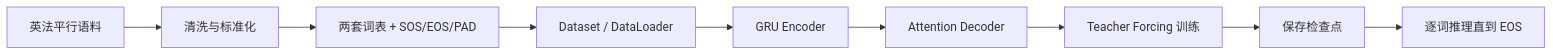
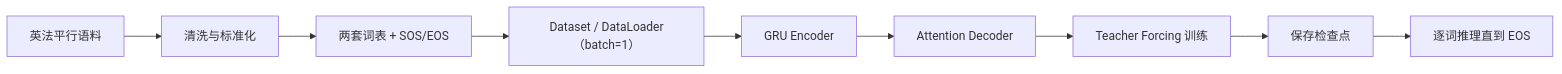
One commit to luyunix/nlp_study changed the second of 3 diagrams in notes/seq2seq-translation/01-translation-requirements.md. Above: the diagram before and after it, drawn with Mermaid. The commit also changed other lines of this file and 66 other files, not shown here.

````diff
--- a/notes/seq2seq-translation/01-translation-requirements.md
+++ b/notes/seq2seq-translation/01-translation-requirements.md
@@ -34,11 +34,11 @@
 ```mermaid
 flowchart LR
     A["英法平行语料"] --> B["清洗与标准化"]
-    B --> C["两套词表 + SOS/EOS/PAD"]
-    C --> D["Dataset / DataLoader"]
+    B --> C["两套词表 + SOS/EOS"]
+    C --> D["Dataset / DataLoader（batch=1）"]
     D --> E["GRU Encoder"]
     E --> F["Attention Decoder"]
     F --> G["Teacher Forcing 训练"]
     G --> H["保存检查点"]
     H --> I["逐词推理直到 EOS"]
 ```
````
